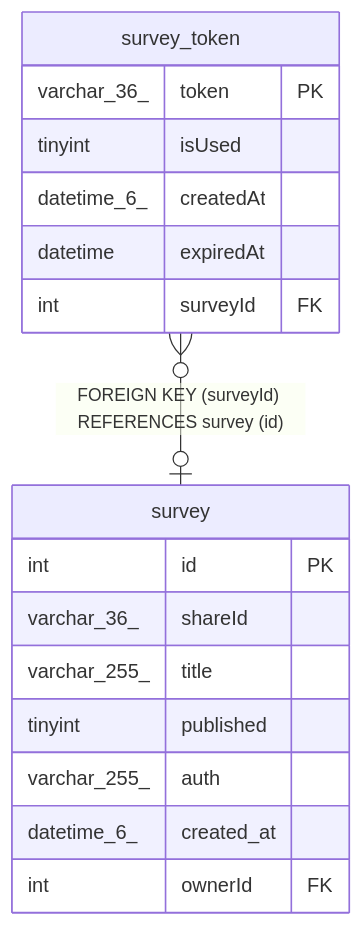
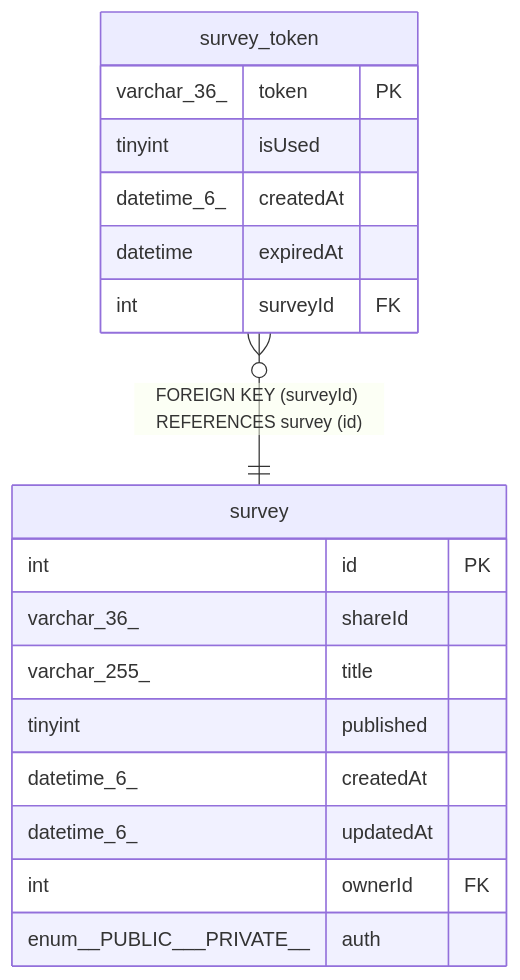
The diagram in docs/database/survey_token.md (BepHblVI/First-nest), drawn with Mermaid before and after one commit. The commit also changed other lines of this file and 16 other files, not shown here.

````diff
--- a/docs/database/survey_token.md
+++ b/docs/database/survey_token.md
@@ -49,22 +49,23 @@
 ```mermaid
 erDiagram
 
-"survey_token" }o--o| "survey" : "FOREIGN KEY (surveyId) REFERENCES survey (id)"
+"survey_token" }o--|| "survey" : "FOREIGN KEY (surveyId) REFERENCES survey (id)"
 
 "survey_token" {
   varchar_36_ token PK
   tinyint isUsed
   datetime_6_ createdAt
   datetime expiredAt
   int surveyId FK
 }
 "survey" {
   int id PK
   varchar_36_ shareId
   varchar_255_ title
   tinyint published
-  varchar_255_ auth
-  datetime_6_ created_at
+  datetime_6_ createdAt
+  datetime_6_ updatedAt
   int ownerId FK
+  enum__PUBLIC___PRIVATE__ auth
 }
 ```
````
